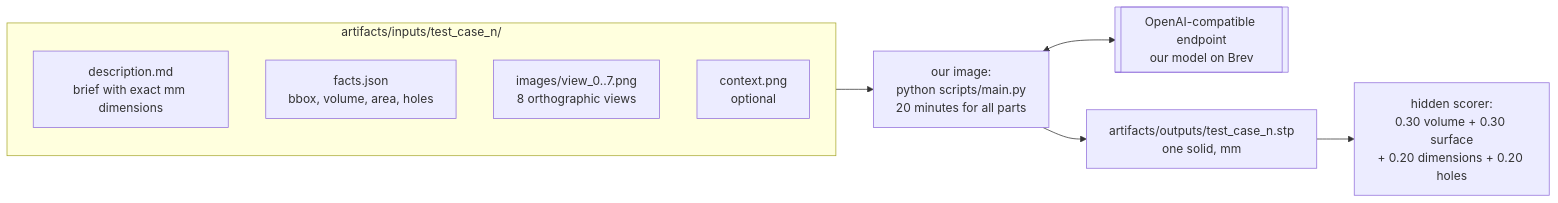
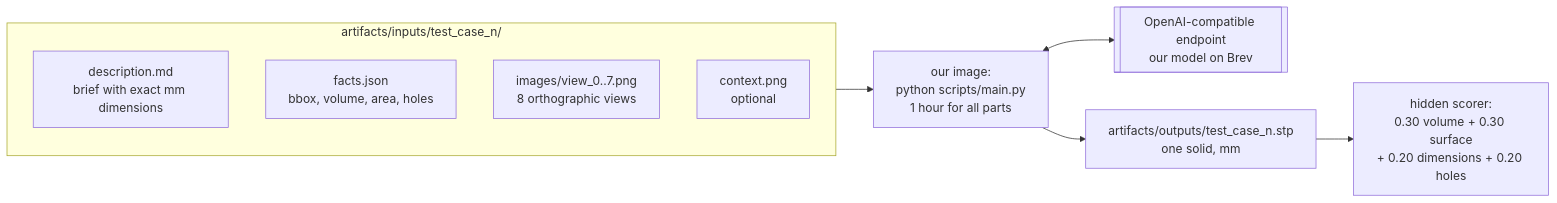
The first of 2 diagrams in docs/ARCHITECTURE.md (rumutaydin/sphere-forge-agent), drawn with Mermaid before and after one commit. The commit also changed other lines of this file and 43 other files, not shown here.

````diff
--- a/docs/ARCHITECTURE.md
+++ b/docs/ARCHITECTURE.md
@@ -16,13 +16,13 @@
 ```mermaid
 flowchart LR
     subgraph IN["artifacts/inputs/test_case_n/"]
         D["description.md<br/>brief with exact mm dimensions"]
         F["facts.json<br/>bbox, volume, area, holes"]
         V["images/view_0..7.png<br/>8 orthographic views"]
         C["context.png<br/>optional"]
     end
-    IN --> AG["our image:<br/>python scripts/main.py<br/>20 minutes for all parts"]
+    IN --> AG["our image:<br/>python scripts/main.py<br/>1 hour for all parts"]
     AG <--> EP[["OpenAI-compatible endpoint<br/>our model on Brev"]]
     AG --> OUT["artifacts/outputs/test_case_n.stp<br/>one solid, mm"]
     OUT --> SC["hidden scorer:<br/>0.30 volume + 0.30 surface<br/>+ 0.20 dimensions + 0.20 holes"]
 ```
````
